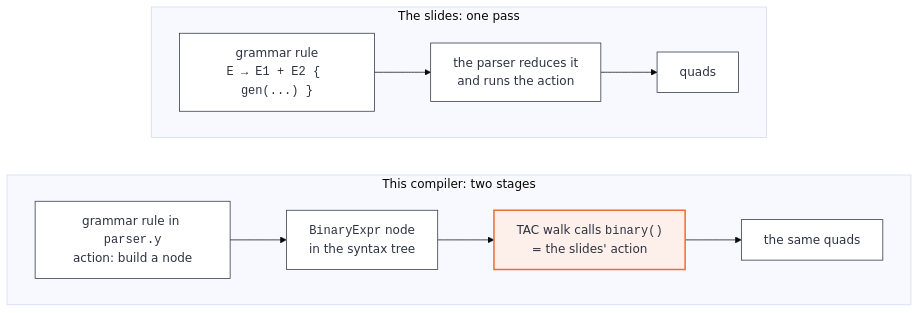
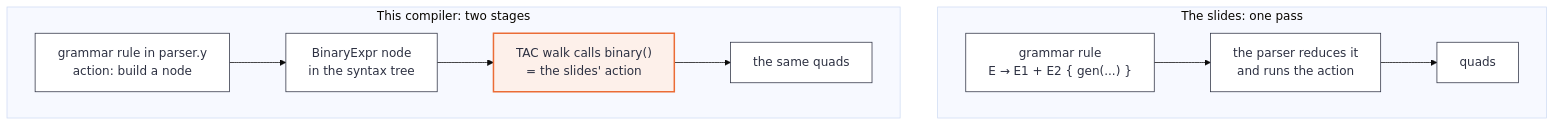
One commit to migikun474/COMPILER-DESIGN changed the second of 14 diagrams in docs/TRANSLATION.md. Above: the diagram before and after it, drawn with Mermaid (base theme). The commit also changed other lines of this file, not shown here.

Commit message:
TRANSLATION.md: Mermaid that GitHub renders (no HTML tags, invisible links or raw angle brackets in labels)

````diff
--- a/docs/TRANSLATION.md
+++ b/docs/TRANSLATION.md
@@ -82,18 +82,17 @@
 ```mermaid
 flowchart TB
     subgraph SLIDES["The slides: one pass"]
         direction LR
-        G1["grammar rule<br/><code>E → E1 + E2 { gen(...) }</code>"] --> R1["the parser reduces it<br/>and runs the action"] --> Q1["quads"]
+        G1["grammar rule<br/>E → E1 + E2 { gen(...) }"] --> R1["the parser reduces it<br/>and runs the action"] --> Q1["quads"]
     end
     subgraph OURS["This compiler: two stages"]
         direction LR
-        G2["grammar rule in <code>parser.y</code><br/>action: build a node"] --> N2["<code>BinaryExpr</code> node<br/>in the syntax tree"]
-        N2 --> F2["TAC walk calls <code>binary()</code><br/>= the slides' action"] --> Q2["the same quads"]
+        G2["grammar rule in parser.y<br/>action: build a node"] --> N2["BinaryExpr node<br/>in the syntax tree"]
+        N2 --> F2["TAC walk calls binary()<br/>= the slides' action"] --> Q2["the same quads"]
     end
-    SLIDES ~~~ OURS
 
     classDef step fill:#ffffff,stroke:#2d3142,color:#2d3142
     classDef focal fill:#fdf0ea,stroke:#eb6c36,color:#2d3142,stroke-width:2px
     class G1,R1,Q1,G2,N2,Q2 step
     class F2 focal
 ```
````
